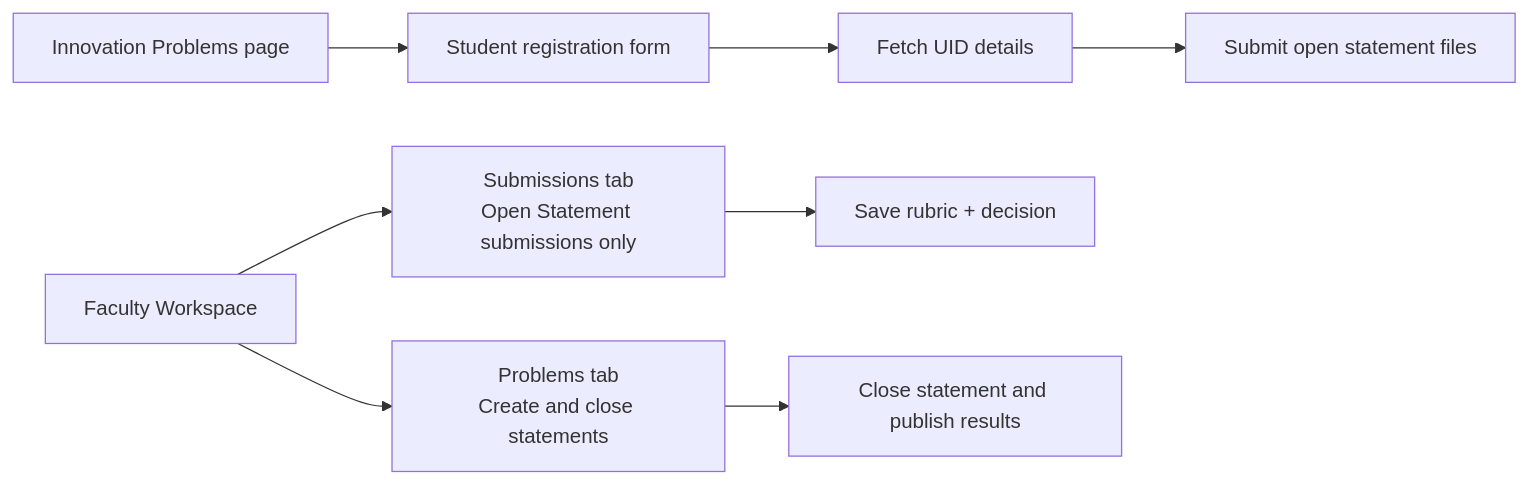
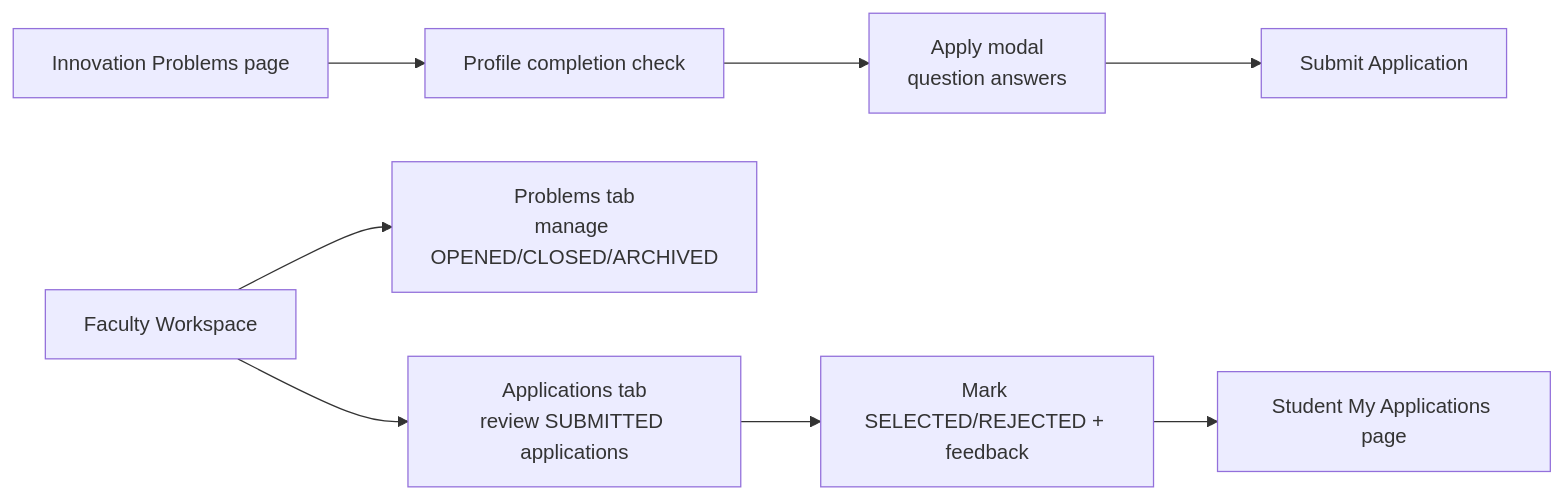
One commit to Newer1107/CoE-Main changed the ninth of 9 diagrams in README.md. Above: the diagram before and after it, drawn with Mermaid. The commit also changed other lines of this file and 40 other files, not shown here.

First line of the commit message:
feat: add student profile management and application modals

````diff
--- a/README.md
+++ b/README.md
@@ -378,10 +388,10 @@
 ```mermaid
 flowchart LR
-  IP[Innovation Problems page] --> OR[Student registration form]
-  OR --> UV[Fetch UID details]
-  UV --> US[Submit open statement files]
-  FW[Faculty Workspace] --> PS[Problems tab\nCreate and close statements]
-  FW --> SS[Submissions tab\nOpen Statement submissions only]
-  SS --> SR[Save rubric + decision]
-  PS --> RP[Close statement and publish results]
+  IP[Innovation Problems page] --> PM[Profile completion check]
+  PM --> AP[Apply modal\nquestion answers]
+  AP --> SA[Submit Application]
+  FW[Faculty Workspace] --> PS[Problems tab\nmanage OPENED/CLOSED/ARCHIVED]
+  FW --> AR[Applications tab\nreview SUBMITTED applications]
+  AR --> RV[Mark SELECTED/REJECTED + feedback]
+  RV --> MY[Student My Applications page]
 ```
````
